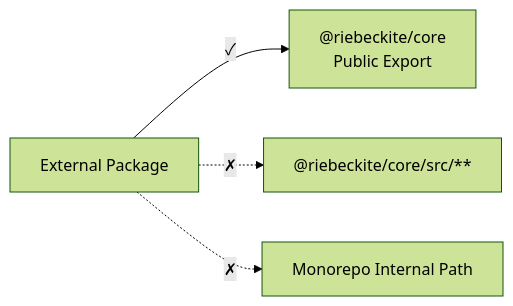
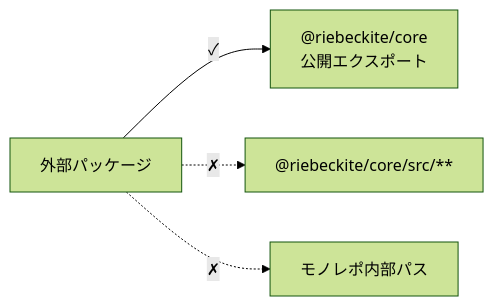
The third of 4 diagrams in docs/docs/reference/README.ja.md (Rerurate514/riebeckite), drawn with Mermaid (forest theme) before and after one commit. The commit also changed other lines of this file and 310 other files, not shown here.

````diff
--- a/docs/docs/reference/README.ja.md
+++ b/docs/docs/reference/README.ja.md
@@ -168,8 +154,8 @@
 ```mermaid id="8n7pvm"
 flowchart LR
-    Consumer["External Package"]
+    Consumer["外部パッケージ"]
 
-    Consumer -->|"✓"| Public["@riebeckite/core<br/>Public Export"]
+    Consumer -->|"✓"| Public["@riebeckite/core<br/>公開エクスポート"]
     Consumer -.->|"✗"| Internal["@riebeckite/core/src/**"]
-    Consumer -.->|"✗"| Monorepo["Monorepo Internal Path"]
+    Consumer -.->|"✗"| Monorepo["モノレポ内部パス"]
 ```
````
